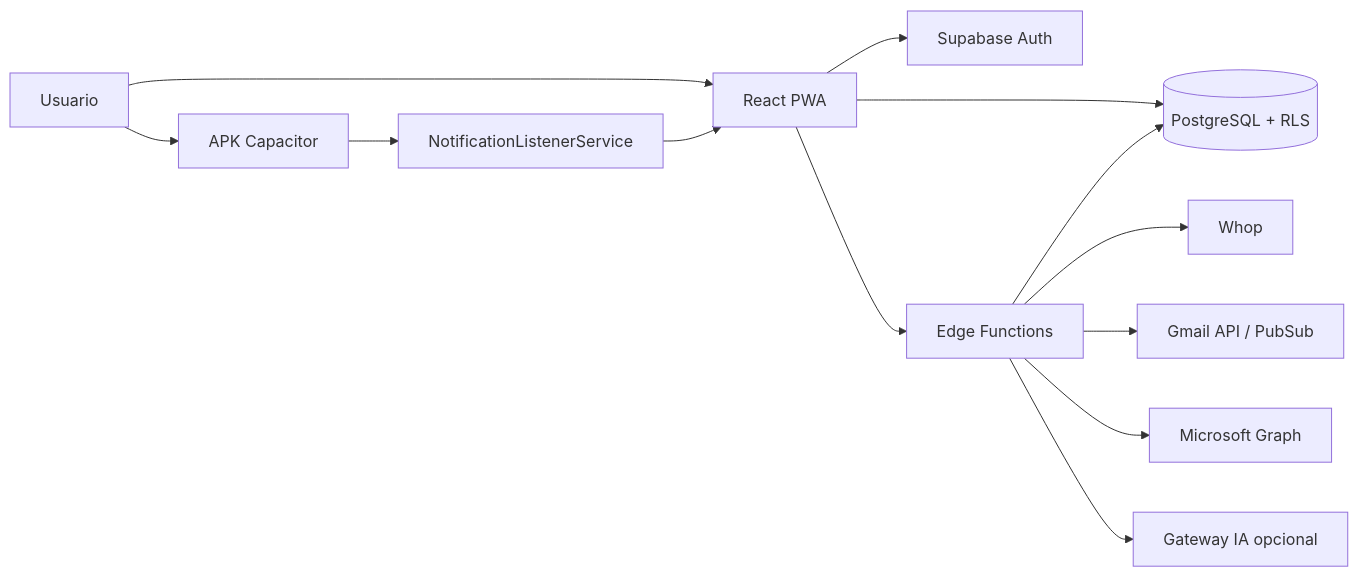
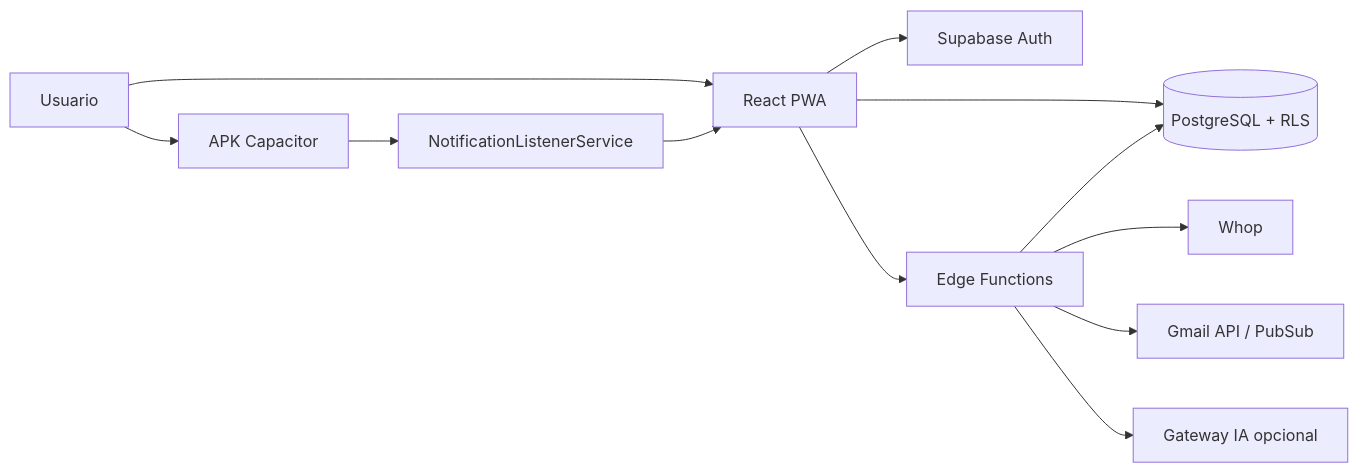
Before and after one commit to MarlonArcila/FINANCIAL_TRACKER: the diagram in docs/PRD.md, drawn with Mermaid. The commit also changed other lines of this file and 14 other files, not shown here.

````diff
--- a/docs/PRD.md
+++ b/docs/PRD.md
@@ -752,15 +747,14 @@
 ```mermaid
 flowchart LR
   U[Usuario] --> PWA[React PWA]
   U --> APK[APK Capacitor]
   APK --> NLS[NotificationListenerService]
   NLS --> PWA
   PWA --> AUTH[Supabase Auth]
   PWA --> DB[(PostgreSQL + RLS)]
   PWA --> EF[Edge Functions]
   EF --> DB
   EF --> WHOP[Whop]
   EF --> GMAIL[Gmail API / PubSub]
-  EF --> GRAPH[Microsoft Graph]
   EF --> AI[Gateway IA opcional]
 ```
````
